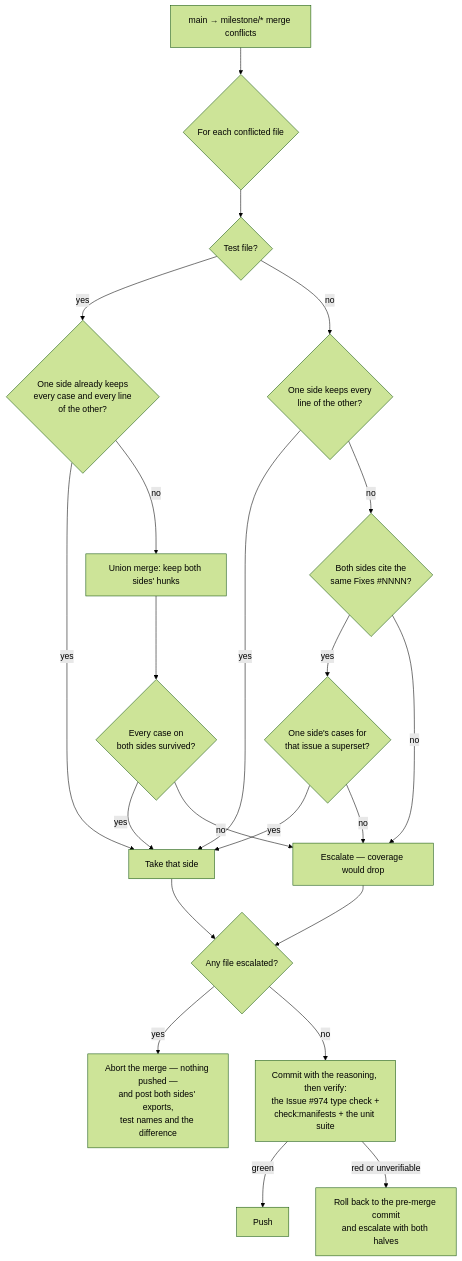
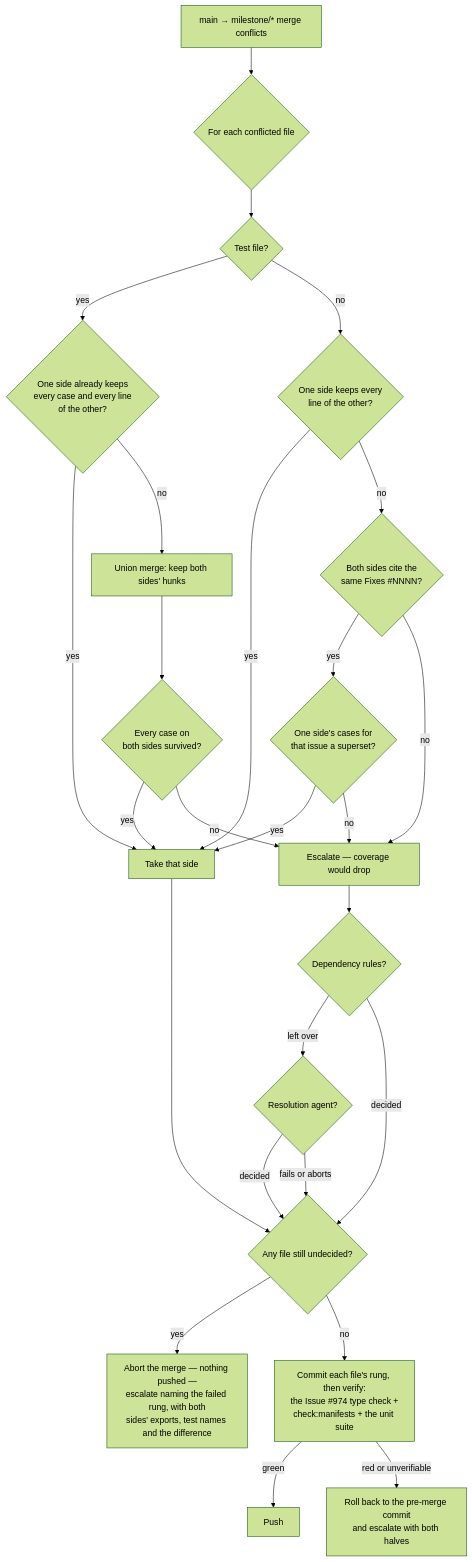
One commit to stSoftwareAU/VibeCoder changed the fifth of 6 diagrams in docs/workflows/milestones.md. Above: the diagram before and after it, drawn with Mermaid (forest theme). The commit also changed other lines of this file and 149 other files, not shown here.

First line of the commit message:
Resolve merge conflicts without humans: sync milestone often, roll back if stuck (Issue #1730) (#1895)

````diff
--- a/docs/workflows/milestones.md
+++ b/docs/workflows/milestones.md
@@ -236,24 +233,28 @@
 ```mermaid
 flowchart TD
     A["main → milestone/* merge conflicts"] --> B{"For each conflicted file"}
     B --> T{"Test file?"}
     T -- yes --> U{"One side already keeps<br/>every case and every line<br/>of the other?"}
     U -- yes --> K["Take that side"]
     U -- no --> M["Union merge: keep both sides' hunks"]
     M --> N{"Every case on<br/>both sides survived?"}
     N -- yes --> K
     N -- no --> H["Escalate — coverage would drop"]
     T -- no --> F{"One side keeps every<br/>line of the other?"}
     F -- yes --> K
     F -- no --> D{"Both sides cite the<br/>same Fixes #NNNN?"}
     D -- yes --> E{"One side's cases for<br/>that issue a superset?"}
     E -- yes --> K
     E -- no --> H
     D -- no --> H
-    K --> G{"Any file escalated?"}
-    H --> G
-    G -- yes --> X["Abort the merge — nothing pushed —<br/>and post both sides' exports,<br/>test names and the difference"]
-    G -- no --> V["Commit with the reasoning, then verify:<br/>the Issue #974 type check +<br/>check:manifests + the unit suite"]
+    K --> G{"Any file still undecided?"}
+    H --> RU{"Dependency rules?"}
+    RU -- "left over" --> AG{"Resolution agent?"}
+    RU -- decided --> G
+    AG -- decided --> G
+    AG -- "fails or aborts" --> G
+    G -- yes --> X["Abort the merge — nothing pushed —<br/>escalate naming the failed rung, with both<br/>sides' exports, test names and the difference"]
+    G -- no --> V["Commit each file's rung, then verify:<br/>the Issue #974 type check +<br/>check:manifests + the unit suite"]
     V -- green --> P["Push"]
     V -- red or unverifiable --> R["Roll back to the pre-merge commit<br/>and escalate with both halves"]
 ```
````
